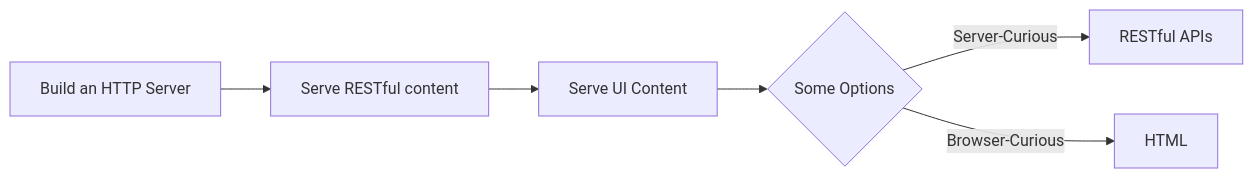
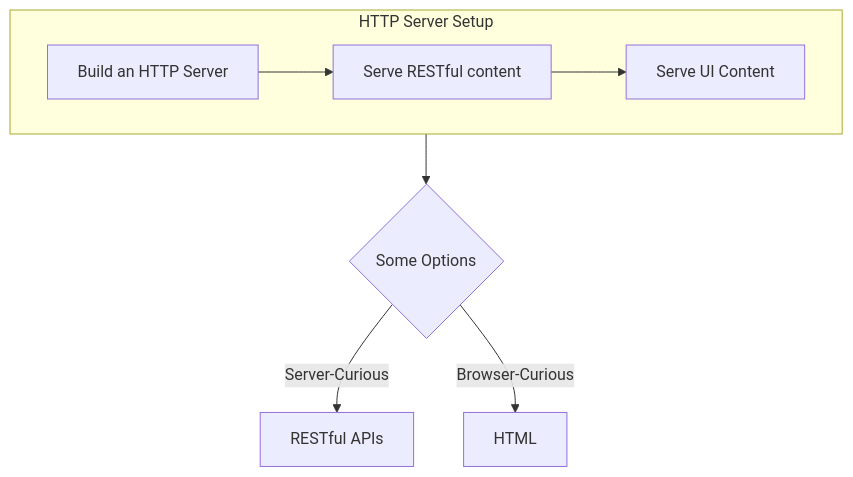
One commit to imagineLife/big-site changed the diagram in content/a-web-first-path.md. Above: the diagram before and after it, drawn with Mermaid.

Commit message:
more sections

````diff
--- a/content/a-web-first-path.md
+++ b/content/a-web-first-path.md
@@ -51,13 +51,14 @@
 ```mermaid
-  flowchart LR
+  flowchart TB
+    subgraph SG1[HTTP Server Setup]
+      direction LR
+      A[Build an HTTP Server] --> B[Serve RESTful content];
+      B --> C[Serve UI Content];
+    end;
 
-    A[Build an HTTP Server] --> B[Serve RESTful content];
-
-    B --> C[Serve UI Content];
-
-    C --> D{Some Options};
+    SG1 --> D{Some Options};
 
     D --> |Server-Curious| E[RESTful APIs];
     D --> |Browser-Curious| F[HTML];
 
 ```
````
